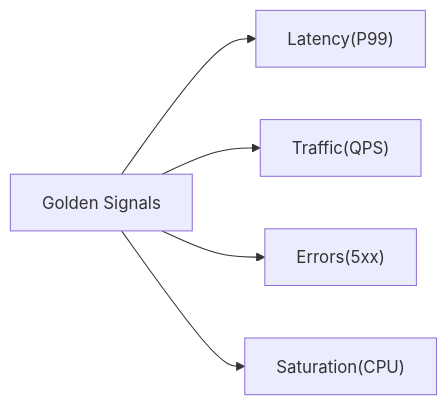
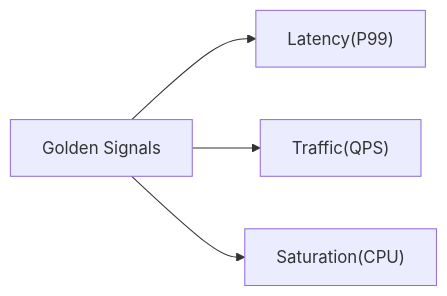
One commit to yjkim2015/yjkim2015.github.io changed the first of 8 diagrams in _posts/monitoring/2026-05-03-sre-golden-signals.md. Above: the diagram before and after it, drawn with Mermaid. The commit also changed other lines of this file and 149 other files, not shown here.

First line of the commit message:
Mermaid 가독성 개선: 라벨 축약, 노드 축소, TD→LR 변환

````diff
--- a/_posts/monitoring/2026-05-03-sre-golden-signals.md
+++ b/_posts/monitoring/2026-05-03-sre-golden-signals.md
@@ -32,7 +32,6 @@
 ```mermaid
 graph LR
     GS["Golden Signals"] --> LAT["Latency(P99)"]
     GS --> TRA["Traffic(QPS)"]
-    GS --> ERR["Errors(5xx)"]
     GS --> SAT["Saturation(CPU)"]
 ```
````
